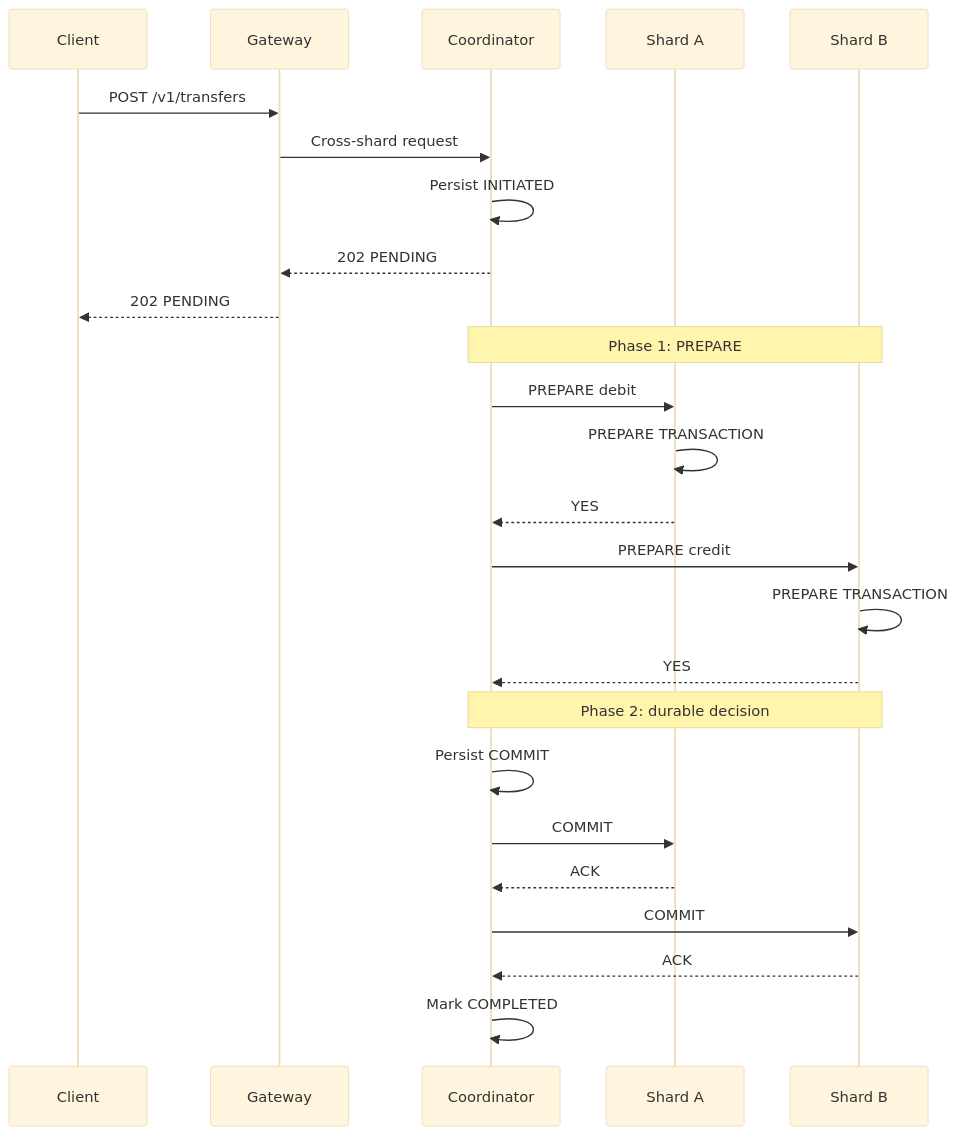
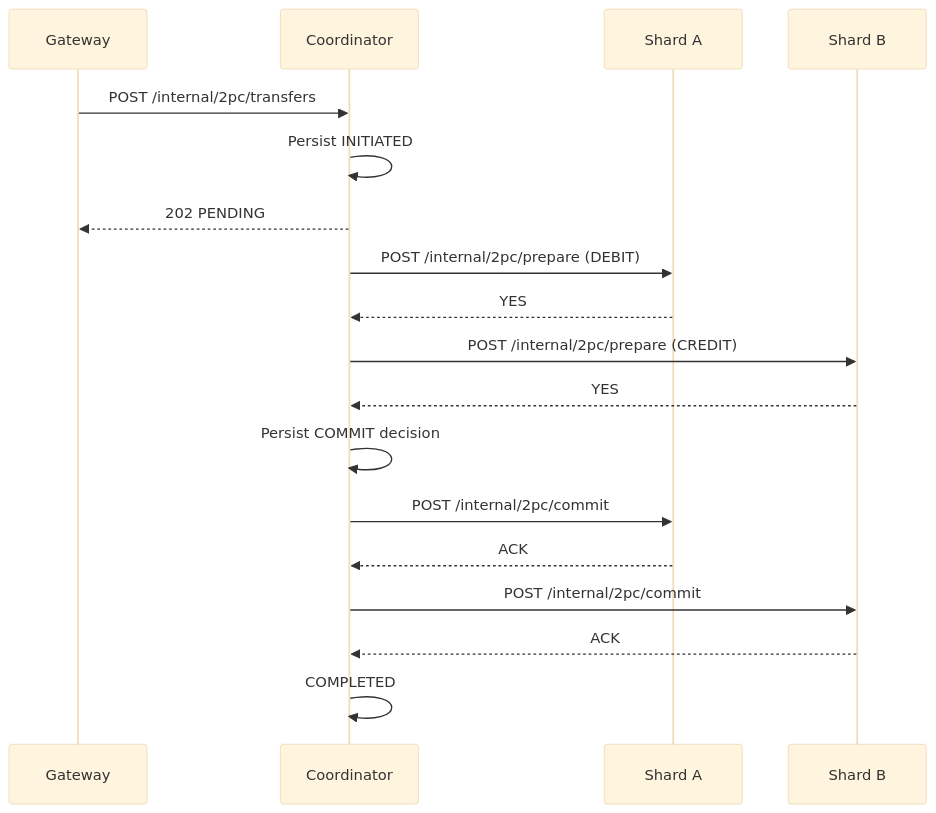
The second of 2 diagrams in README.md (AriyanShokrizadeh/distributed-banking-platform), drawn with Mermaid (base theme) before and after one commit. The commit also changed other lines of this file, not shown here.

````diff
--- a/README.md
+++ b/README.md
@@ -93,27 +143,20 @@
 ```mermaid
 sequenceDiagram
-    participant Client
-    participant Gateway
-    participant Coordinator
+    participant G as Gateway
+    participant C as Coordinator
     participant A as Shard A
     participant B as Shard B
-    Client->>Gateway: POST /v1/transfers
-    Gateway->>Coordinator: Cross-shard request
-    Coordinator->>Coordinator: Persist INITIATED
-    Coordinator-->>Gateway: 202 PENDING
-    Gateway-->>Client: 202 PENDING
-    Note over Coordinator,B: Phase 1: PREPARE
-    Coordinator->>A: PREPARE debit
-    A->>A: PREPARE TRANSACTION
-    A-->>Coordinator: YES
-    Coordinator->>B: PREPARE credit
-    B->>B: PREPARE TRANSACTION
-    B-->>Coordinator: YES
-    Note over Coordinator,B: Phase 2: durable decision
-    Coordinator->>Coordinator: Persist COMMIT
-    Coordinator->>A: COMMIT
-    A-->>Coordinator: ACK
-    Coordinator->>B: COMMIT
-    B-->>Coordinator: ACK
-    Coordinator->>Coordinator: Mark COMPLETED
+    G->>C: POST /internal/2pc/transfers
+    C->>C: Persist INITIATED
+    C-->>G: 202 PENDING
+    C->>A: POST /internal/2pc/prepare (DEBIT)
+    A-->>C: YES
+    C->>B: POST /internal/2pc/prepare (CREDIT)
+    B-->>C: YES
+    C->>C: Persist COMMIT decision
+    C->>A: POST /internal/2pc/commit
+    A-->>C: ACK
+    C->>B: POST /internal/2pc/commit
+    B-->>C: ACK
+    C->>C: COMPLETED
 ```
````
